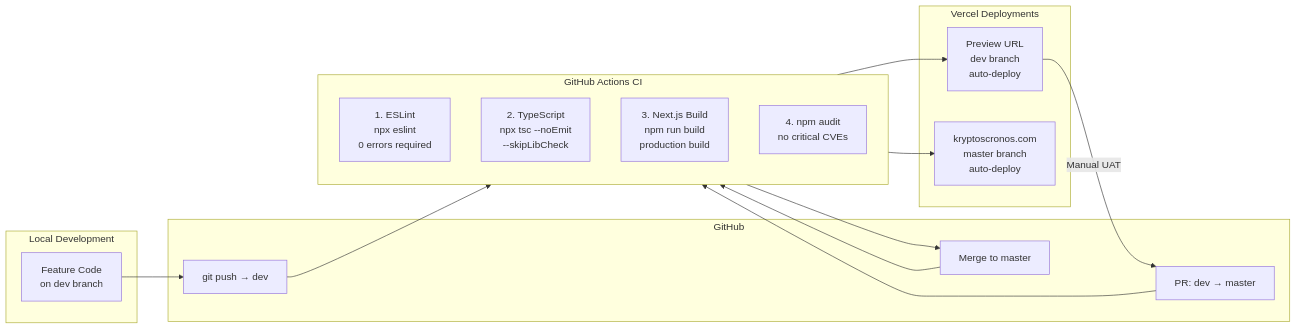
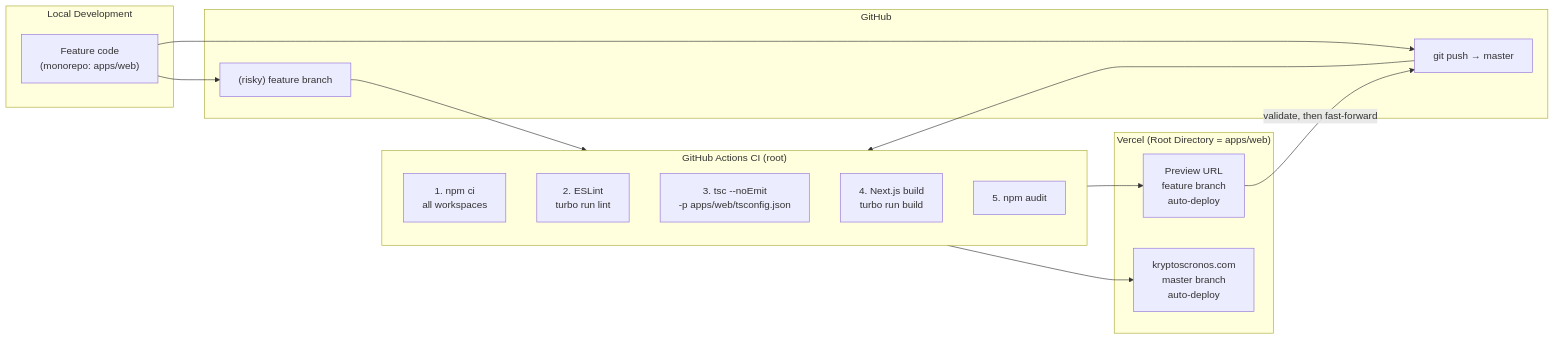
One commit to jjfleetwood/kryptos-cronos changed the first of 2 diagrams in apps/web/secured-docs/CICD_PIPELINE.md. Above: the diagram before and after it, drawn with Mermaid. The commit also changed other lines of this file and 3 other files, not shown here.

Commit message:
docs: refresh CICD_PIPELINE + TECH_BOM (monorepo, single-master, Supabase/RevenueCat/Expo/Plausible, 458 stages)

````diff
--- a/apps/web/secured-docs/CICD_PIPELINE.md
+++ b/apps/web/secured-docs/CICD_PIPELINE.md
@@ -11,33 +11,32 @@
 ```mermaid
 flowchart LR
     subgraph Dev["Local Development"]
-        Code["Feature Code\non dev branch"]
+        Code["Feature code\n(monorepo: apps/web)"]
     end
 
     subgraph GitHub["GitHub"]
-        Push["git push → dev"]
-        PR["PR: dev → master"]
-        Merge["Merge to master"]
+        Push["git push → master"]
+        Branch["(risky) feature branch"]
     end
 
-    subgraph CI["GitHub Actions CI"]
-        Lint["1. ESLint\nnpx eslint\n0 errors required"]
-        TSC["2. TypeScript\nnpx tsc --noEmit\n--skipLibCheck"]
-        Build["3. Next.js Build\nnpm run build\nproduction build"]
-        Audit["4. npm audit\nno critical CVEs"]
+    subgraph CI["GitHub Actions CI (root)"]
+        Install["1. npm ci\nall workspaces"]
+        Lint["2. ESLint\nturbo run lint"]
+        TSC["3. tsc --noEmit\n-p apps/web/tsconfig.json"]
+        Build["4. Next.js build\nturbo run build"]
+        Audit["5. npm audit"]
     end
 
-    subgraph Vercel["Vercel Deployments"]
-        Preview["Preview URL\ndev branch\nauto-deploy"]
+    subgraph Vercel["Vercel (Root Directory = apps/web)"]
+        Preview["Preview URL\nfeature branch\nauto-deploy"]
         Prod["kryptoscronos.com\nmaster branch\nauto-deploy"]
     end
 
     Code --> Push
+    Code --> Branch
+    Branch --> CI
+    CI --> Preview
+    Preview -->|"validate, then fast-forward"| Push
     Push --> CI
-    CI --> Preview
-    Preview -->|"Manual UAT"| PR
-    PR --> CI
-    CI --> Merge
-    Merge --> CI
     CI --> Prod
 ```
````
